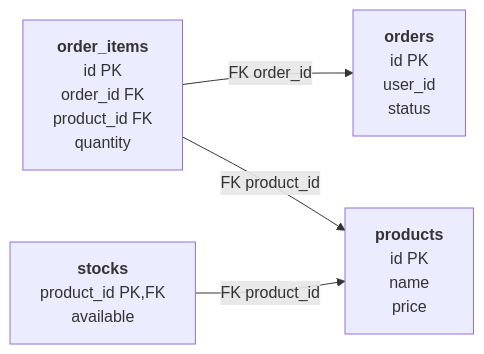
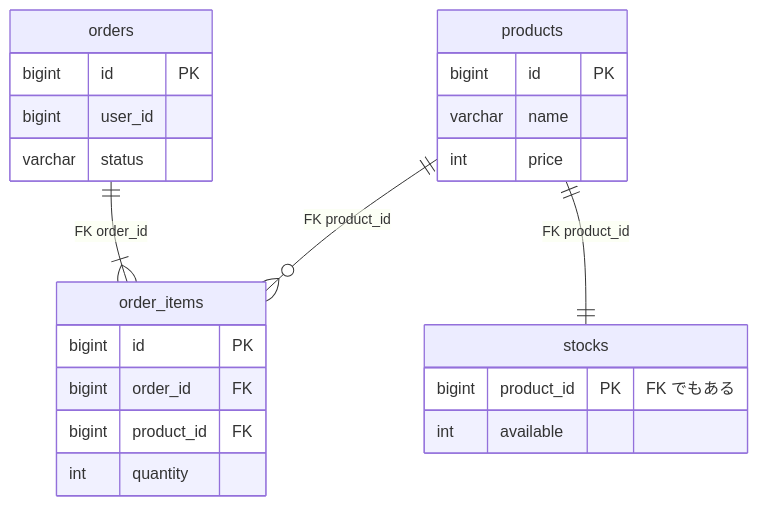
One commit to rikukaInoue/rikukadev changed the second of 7 diagrams in src/content/blog/monolith-data-carving-three-stages.mdx. Above: the diagram before and after it, drawn with Mermaid. The commit also changed other lines of this file and 2 other files, not shown here.

First line of the commit message:
erDiagramのビルド失敗を修正し、移行ガイドのテーブル図を本物のER図にする

````diff
--- a/src/content/blog/monolith-data-carving-three-stages.mdx
+++ b/src/content/blog/monolith-data-carving-three-stages.mdx
@@ -52,10 +52,26 @@
 ```mermaid
-graph LR
-    O["<b>orders</b><br/>id PK<br/>user_id<br/>status"]
-    OI["<b>order_items</b><br/>id PK<br/>order_id FK<br/>product_id FK<br/>quantity"]
-    P["<b>products</b><br/>id PK<br/>name<br/>price"]
-    ST["<b>stocks</b><br/>product_id PK,FK<br/>available"]
-    OI -->|FK order_id| O
-    OI -->|FK product_id| P
-    ST -->|FK product_id| P
+erDiagram
+    orders ||--|{ order_items : "FK order_id"
+    products ||--o{ order_items : "FK product_id"
+    products ||--|| stocks : "FK product_id"
+    orders {
+        bigint id PK
+        bigint user_id
+        varchar status
+    }
+    order_items {
+        bigint id PK
+        bigint order_id FK
+        bigint product_id FK
+        int quantity
+    }
+    products {
+        bigint id PK
+        varchar name
+        int price
+    }
+    stocks {
+        bigint product_id PK "FK でもある"
+        int available
+    }
 ```
````
